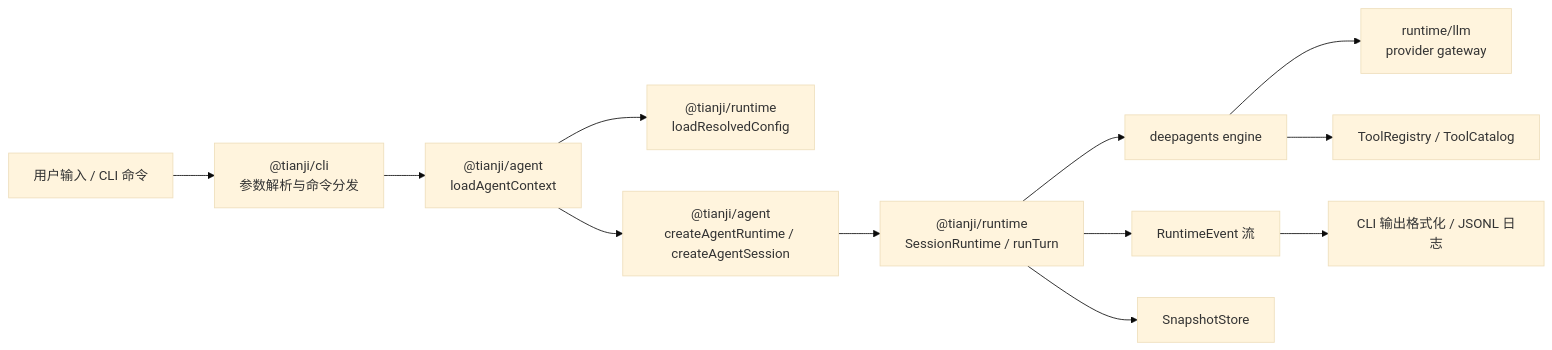
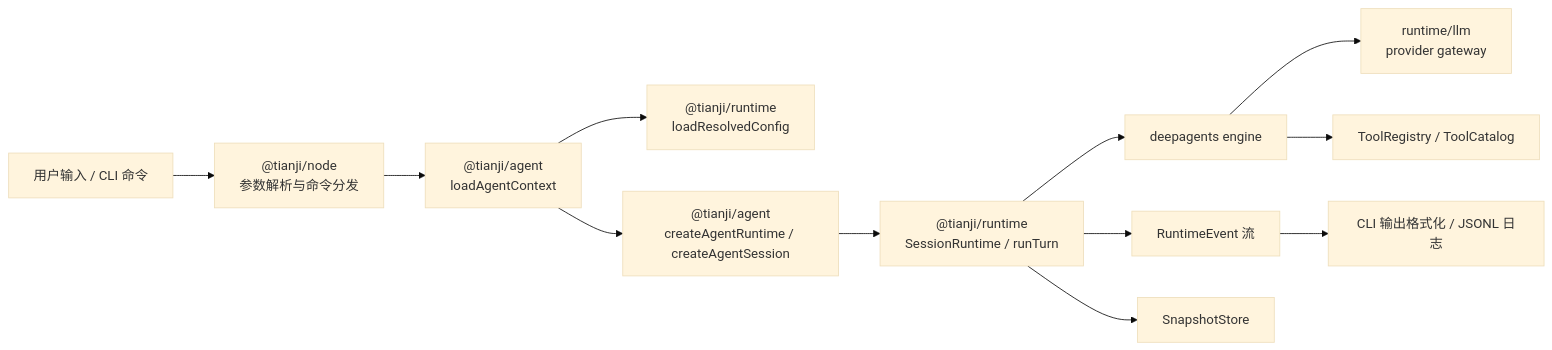
One commit to SXGC/tianji-ai changed the second of 2 diagrams in docs/ARCHITECTURE.md. Above: the diagram before and after it, drawn with Mermaid (base theme). The commit also changed other lines of this file and 59 other files, not shown here.

````diff
--- a/docs/ARCHITECTURE.md
+++ b/docs/ARCHITECTURE.md
@@ -59,14 +59,14 @@
 ```mermaid
 flowchart LR
-    USER["用户输入 / CLI 命令"] --> CLI["@tianji/cli\n参数解析与命令分发"]
+    USER["用户输入 / CLI 命令"] --> CLI["@tianji/node\n参数解析与命令分发"]
     CLI --> AGENTCTX["@tianji/agent\nloadAgentContext"]
     AGENTCTX --> RCONFIG["@tianji/runtime\nloadResolvedConfig"]
     AGENTCTX --> ARUNTIME["@tianji/agent\ncreateAgentRuntime / createAgentSession"]
     ARUNTIME --> SESSION["@tianji/runtime\nSessionRuntime / runTurn"]
     SESSION --> ENGINE["deepagents engine"]
     ENGINE --> LLM["runtime/llm\nprovider gateway"]
     ENGINE --> TOOLS["ToolRegistry / ToolCatalog"]
     SESSION --> EVENTS["RuntimeEvent 流"]
     EVENTS --> CLI_OUT["CLI 输出格式化 / JSONL 日志"]
     SESSION --> SNAPSHOT["SnapshotStore"]
 ```
````
